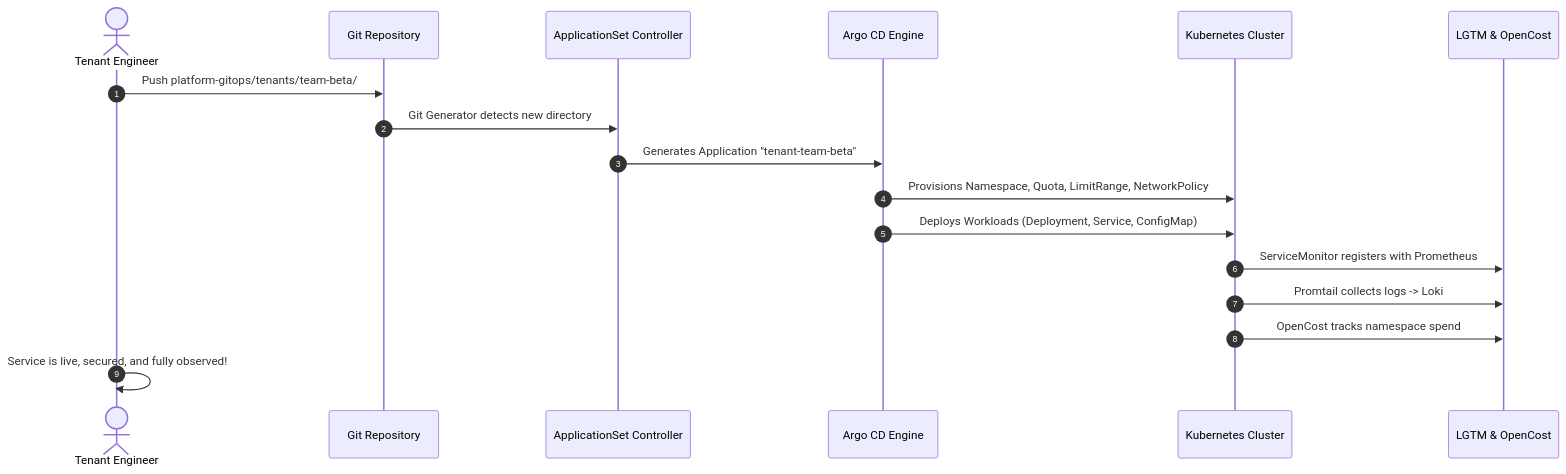
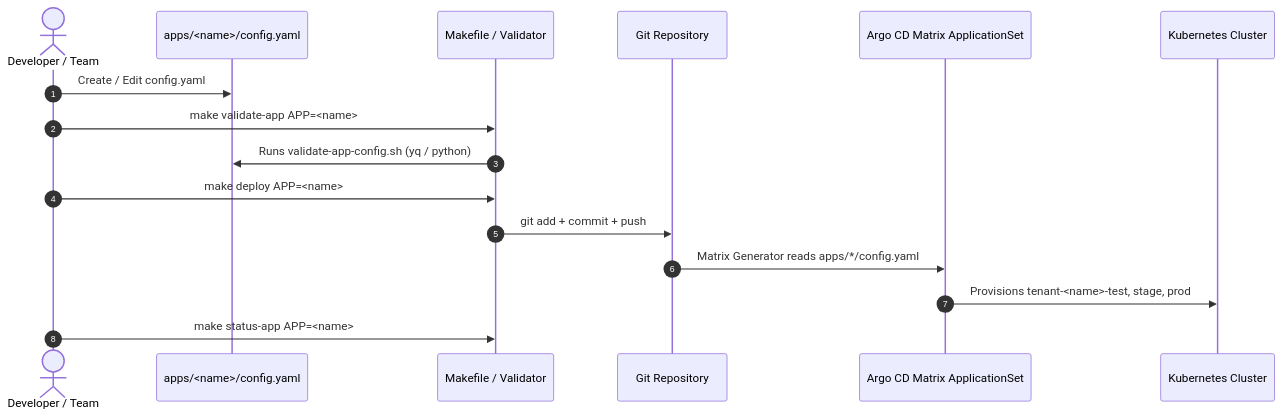
Before and after one commit to barbaria888/FrugalZeus: the diagram in docs/docs/onboarding.md, drawn with Mermaid. The commit also changed other lines of this file and 10 other files, not shown here.

Commit message:
modular application config

````diff
--- a/docs/docs/onboarding.md
+++ b/docs/docs/onboarding.md
@@ -11,20 +11,19 @@
 ```mermaid
 sequenceDiagram
     autonumber
-    actor Dev as Tenant Engineer
+    actor Dev as Developer / Team
+    participant Config as apps/<name>/config.yaml
+    participant Make as Makefile / Validator
     participant Git as Git Repository
-    participant AppSet as ApplicationSet Controller
-    participant Argo as Argo CD Engine
+    participant AppSet as Argo CD Matrix ApplicationSet
     participant K8s as Kubernetes Cluster
-    participant Obs as LGTM & OpenCost
 
-    Dev->>Git: Push platform-gitops/tenants/team-beta/
-    Git->>AppSet: Git Generator detects new directory
-    AppSet->>Argo: Generates Application "tenant-team-beta"
-    Argo->>K8s: Provisions Namespace, Quota, LimitRange, NetworkPolicy
-    Argo->>K8s: Deploys Workloads (Deployment, Service, ConfigMap)
-    K8s->>Obs: ServiceMonitor registers with Prometheus
-    K8s->>Obs: Promtail collects logs -> Loki
-    K8s->>Obs: OpenCost tracks namespace spend
-    Dev->>Dev: Service is live, secured, and fully observed!
+    Dev->>Config: Create / Edit config.yaml
+    Dev->>Make: make validate-app APP=<name>
+    Make->>Config: Runs validate-app-config.sh (yq / python)
+    Dev->>Make: make deploy APP=<name>
+    Make->>Git: git add + commit + push
+    Git->>AppSet: Matrix Generator reads apps/*/config.yaml
+    AppSet->>K8s: Provisions tenant-<name>-test, stage, prod
+    Dev->>Make: make status-app APP=<name>
 ```
````
